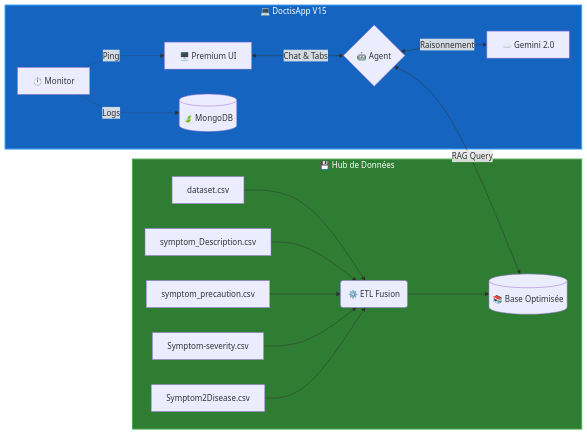
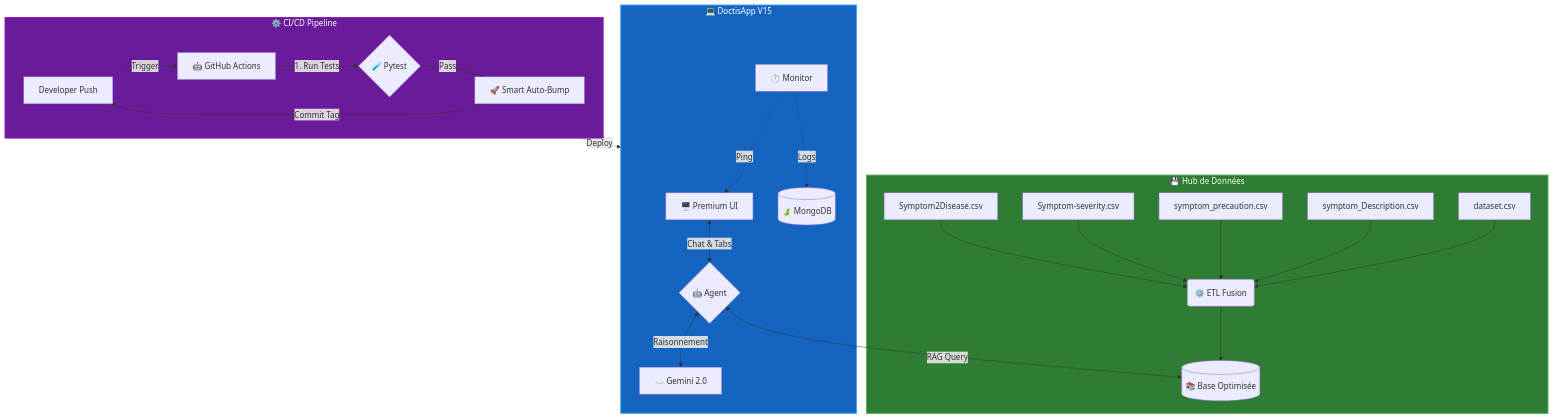
Before and after one commit to Adam-Blf/Projet-IA-Generative-Doctis-AI-mo: the first of 2 diagrams in README.md, drawn with Mermaid.

Commit message:
Docs: Update Architecture Diagram with DevOps Pipeline

````diff
--- a/README.md
+++ b/README.md
@@ -69,19 +69,29 @@
 ```mermaid
-graph LR
+graph TD
+    subgraph DevOps [⚙️ CI/CD Pipeline]
+        GIT[Developer Push] -->|Trigger| ACT[🤖 GitHub Actions];
+        ACT -->|1. Run Tests| TEST{🧪 Pytest};
+        TEST -->|Pass| BUMP[🚀 Smart Auto-Bump];
+        BUMP -->|Commit Tag| GIT;
+    end
+
     subgraph Data [💾 Hub de Données]
         D1[dataset.csv] & D2[symptom_Description.csv] & D3[symptom_precaution.csv] --> ETL(⚙️ ETL Fusion);
         D4[Symptom-severity.csv] & D5[Symptom2Disease.csv] --> ETL;
         ETL --> KB[(📚 Base Optimisée)];
     end
 
     subgraph App [💻 DoctisApp V15]
         UI[🖥️ Premium UI] <-->|Chat & Tabs| A{🤖 Agent};
         A <-->|Raisonnement| G[☁️ Gemini 2.0];
         A <-->|RAG Query| KB;
         M[⏱️ Monitor] -.->|Ping| UI;
         M -.->|Logs| DB[(🍃 MongoDB)];
     end
     
+    DevOps -.->|Deploy| App
+    
     style Data fill:#2e7d32,stroke:#4caf50,stroke-width:2px,color:#fff
     style App fill:#1565c0,stroke:#42a5f5,stroke-width:2px,color:#fff
+    style DevOps fill:#6a1b9a,stroke:#8e24aa,stroke-width:2px,color:#fff
 ```
````
